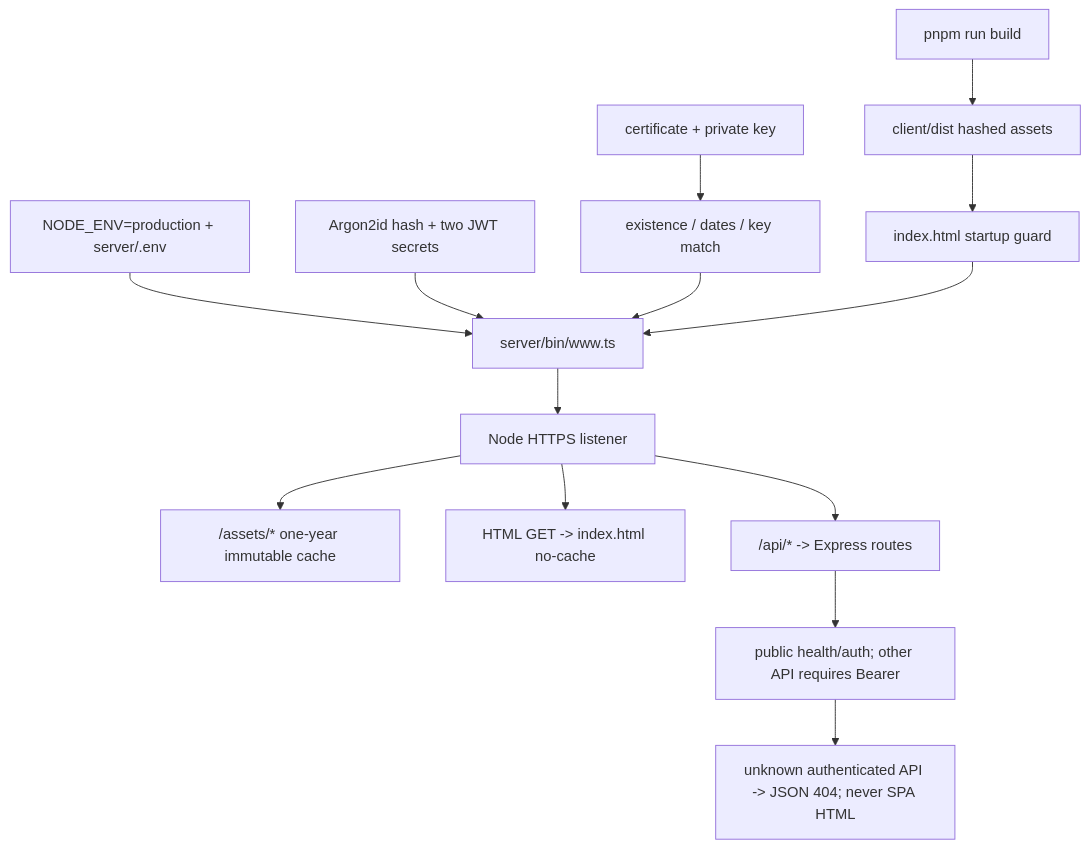
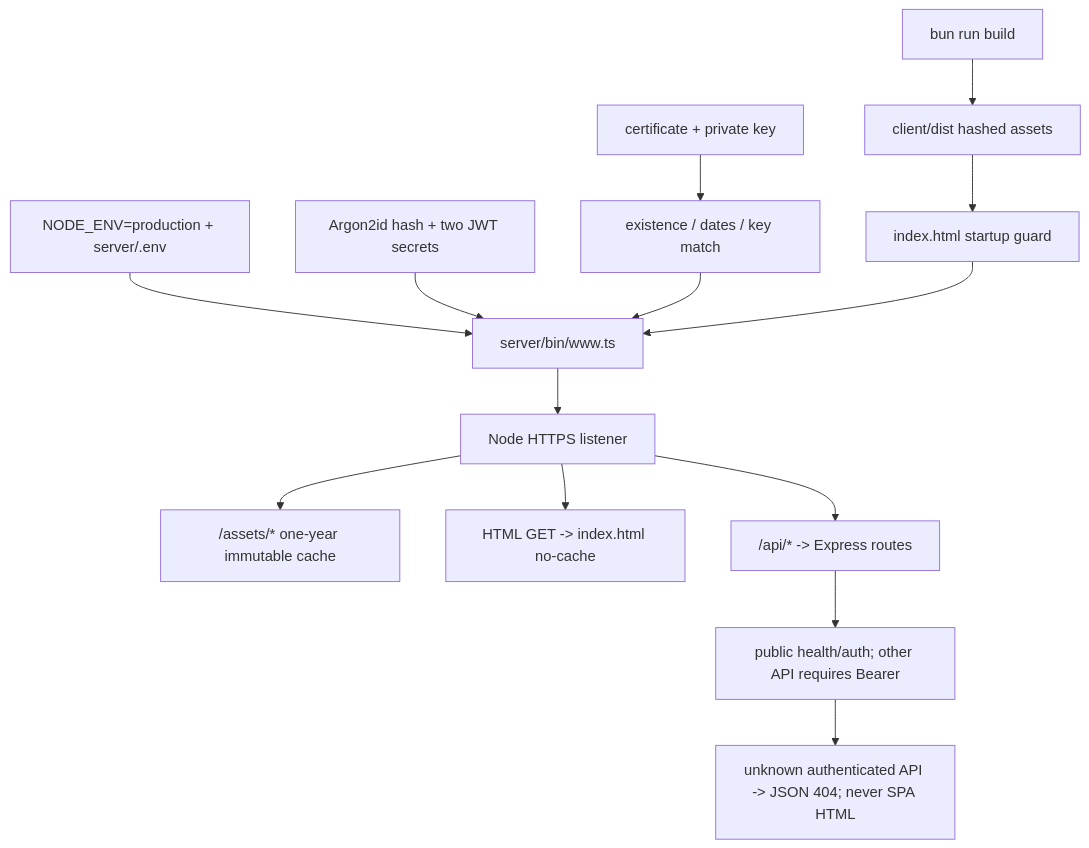
One commit to imingsmings/chatbot-dev changed the second of 9 diagrams in docs/architecture.md. Above: the diagram before and after it, drawn with Mermaid. The commit also changed other lines of this file and 74 other files, not shown here.

First line of the commit message:
build(bun): migrate workspace toolchain

````diff
--- a/docs/architecture.md
+++ b/docs/architecture.md
@@ -148,15 +148,15 @@
 ```mermaid
 flowchart TD
-  Build["pnpm run build"] --> Dist["client/dist hashed assets"]
+  Build["bun run build"] --> Dist["client/dist hashed assets"]
   Env["NODE_ENV=production + server/.env"] --> Boot["server/bin/www.ts"]
   AuthConfig["Argon2id hash + two JWT secrets"] --> Boot
   Cert["certificate + private key"] --> Validate["existence / dates / key match"]
   Validate --> Boot
   Dist --> Guard["index.html startup guard"] --> Boot
   Boot --> HTTPS["Node HTTPS listener"]
   HTTPS --> Assets["/assets/* one-year immutable cache"]
   HTTPS --> Index["HTML GET -> index.html no-cache"]
   HTTPS --> API["/api/* -> Express routes"]
   API --> AuthGate["public health/auth; other API requires Bearer"]
   AuthGate --> Missing["unknown authenticated API -> JSON 404; never SPA HTML"]
 ```
````
